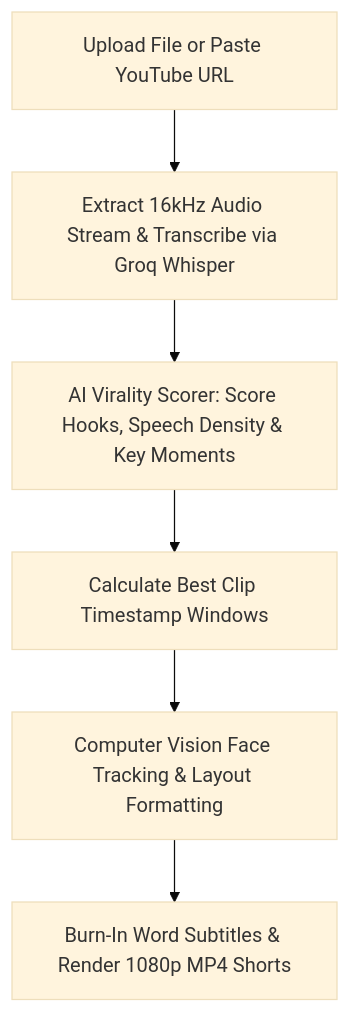
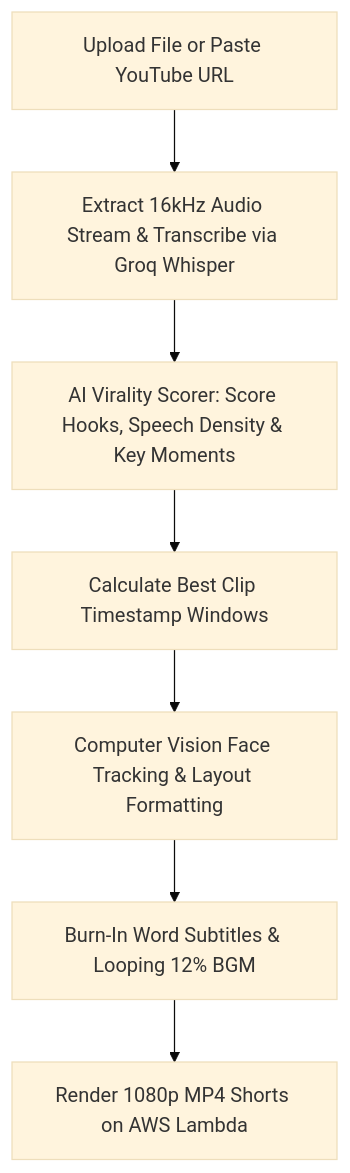
Before and after one commit to itnavideo/itnavideo: the diagram in docs/video-types/longvideoclips.md, drawn with Mermaid (base theme). The commit also changed other lines of this file and 180 other files, not shown here.

````diff
--- a/docs/video-types/longvideoclips.md
+++ b/docs/video-types/longvideoclips.md
@@ -56,8 +66,9 @@
 ```mermaid
 graph TD
     A[Upload File or Paste YouTube URL] --> B[Extract 16kHz Audio Stream & Transcribe via Groq Whisper]
     B --> C[AI Virality Scorer: Score Hooks, Speech Density & Key Moments]
     C --> D[Calculate Best Clip Timestamp Windows]
     D --> E[Computer Vision Face Tracking & Layout Formatting]
-    E --> F[Burn-In Word Subtitles & Render 1080p MP4 Shorts]
+    E --> F[Burn-In Word Subtitles & Looping 12% BGM]
+    F --> G[Render 1080p MP4 Shorts on AWS Lambda]
 ```
````
